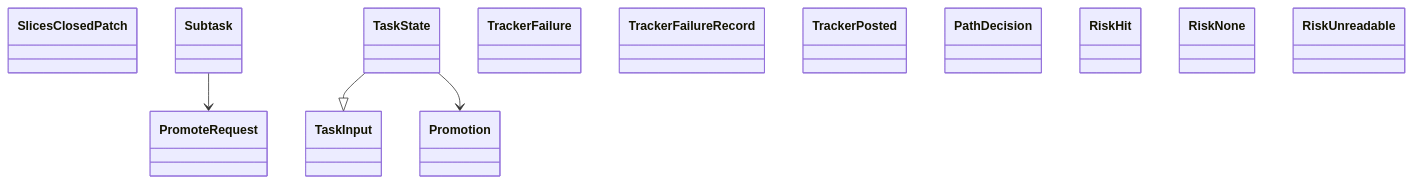
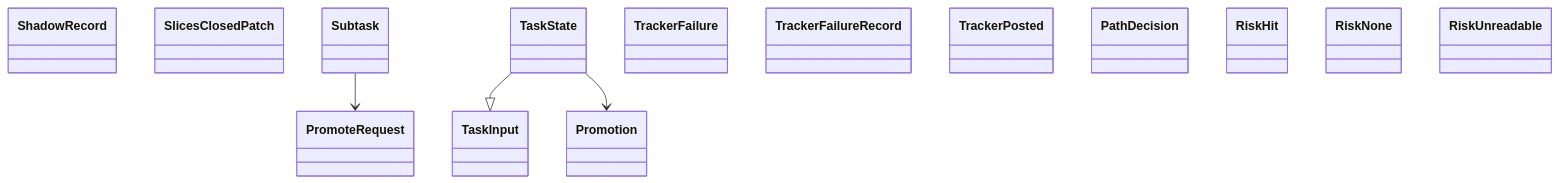
One commit to GonzaloZevallos/agentic-system changed the diagram in docs/architecture/generated/classes-process-domain-state-7.md. Above: the diagram before and after it, drawn with Mermaid. The commit also changed 8 other files, not shown here.

````diff
--- a/docs/architecture/generated/classes-process-domain-state-7.md
+++ b/docs/architecture/generated/classes-process-domain-state-7.md
@@ -25,19 +25,20 @@
 ```mermaid
 classDiagram
+    class task__ShadowRecord["ShadowRecord"]
     class task__SlicesClosedPatch["SlicesClosedPatch"]
     class task__Subtask["Subtask"]
     class task__TaskInput["TaskInput"]
     class task__TaskState["TaskState"]
     class task__TrackerFailure["TrackerFailure"]
     class task__TrackerFailureRecord["TrackerFailureRecord"]
     class task__TrackerPosted["TrackerPosted"]
     class task_path__PathDecision["PathDecision"]
     class task_path__PromoteRequest["PromoteRequest"]
     class task_path__Promotion["Promotion"]
     class task_path__RiskHit["RiskHit"]
     class task_path__RiskNone["RiskNone"]
     class task_path__RiskUnreadable["RiskUnreadable"]
     task__Subtask --> task_path__PromoteRequest
     task__TaskState --|> task__TaskInput
     task__TaskState --> task_path__Promotion
 ```
````
